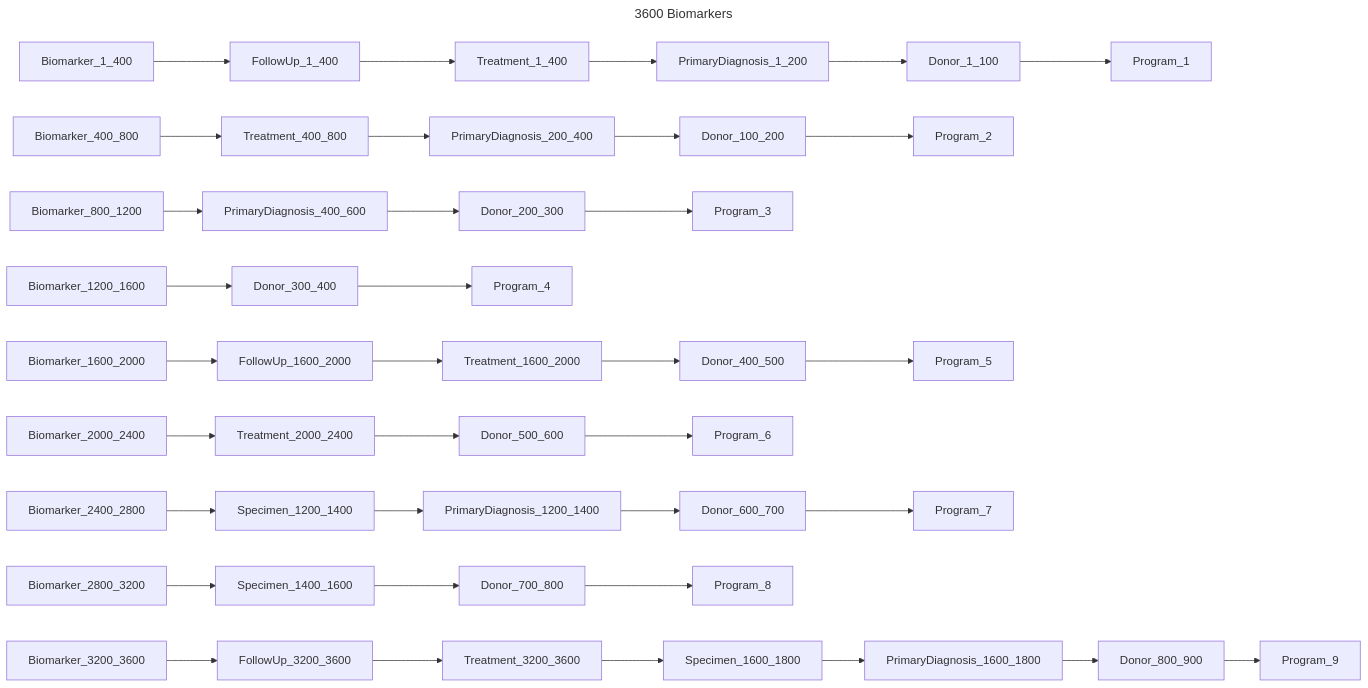
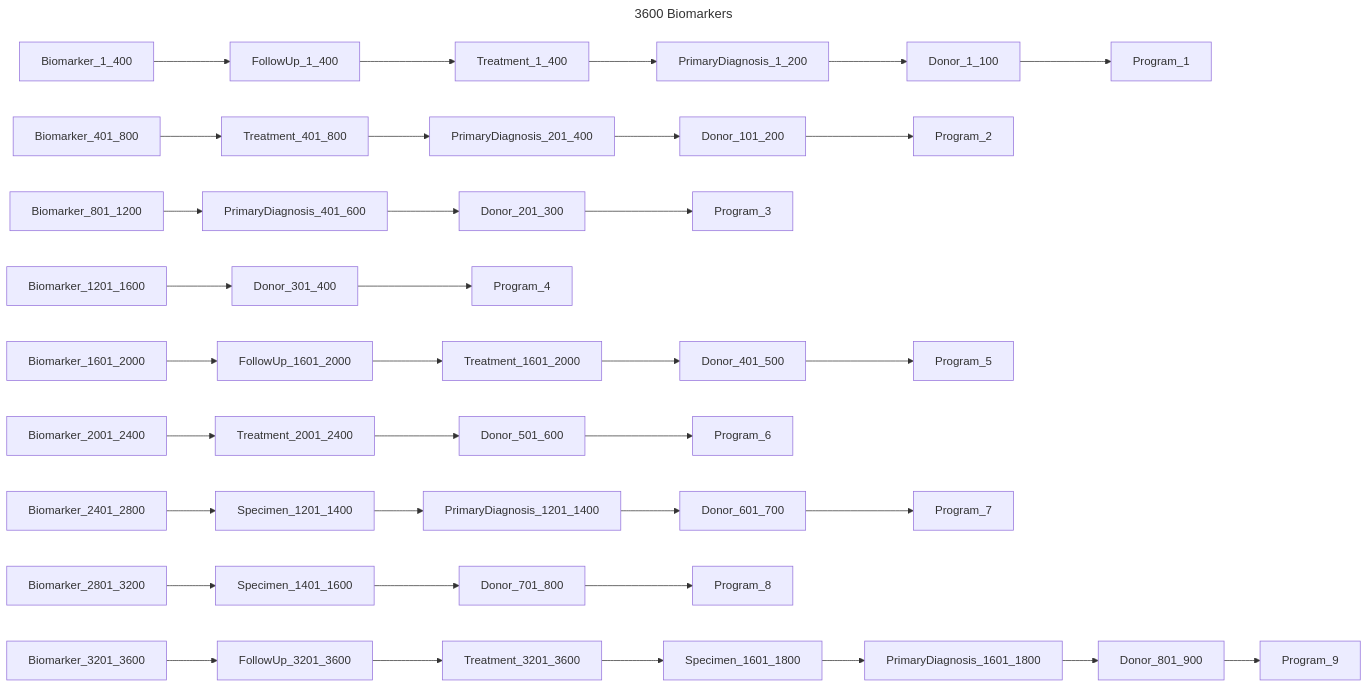
Before and after one commit to bento-platform/katsu: diagram 12 of 13 in chord_metadata_service/mohpackets/data/large_dataset/README.md, drawn with Mermaid. The commit also changed other lines of this file, not shown here.

````diff
--- a/chord_metadata_service/mohpackets/data/large_dataset/README.md
+++ b/chord_metadata_service/mohpackets/data/large_dataset/README.md
@@ -177,15 +177,15 @@
 ```mermaid
 ---
 title: 3600 Biomarkers
 ---
 graph LR;  
   Biomarker_1_400 --> FollowUp_1_400 --> Treatment_1_400 --> PrimaryDiagnosis_1_200 --> Donor_1_100 --> Program_1;
-  Biomarker_400_800 --> Treatment_400_800--> PrimaryDiagnosis_200_400 --> Donor_100_200 --> Program_2;  
-  Biomarker_800_1200 --> PrimaryDiagnosis_400_600 --> Donor_200_300 --> Program_3;  
-  Biomarker_1200_1600 --> Donor_300_400 --> Program_4;  
-  Biomarker_1600_2000 --> FollowUp_1600_2000 --> Treatment_1600_2000 --> Donor_400_500 --> Program_5;  
-  Biomarker_2000_2400 --> Treatment_2000_2400 --> Donor_500_600 --> Program_6;  
-  Biomarker_2400_2800 --> Specimen_1200_1400 --> PrimaryDiagnosis_1200_1400 --> Donor_600_700 --> Program_7;  
-  Biomarker_2800_3200 --> Specimen_1400_1600  --> Donor_700_800 --> Program_8;  
-  Biomarker_3200_3600 --> FollowUp_3200_3600--> Treatment_3200_3600 --> Specimen_1600_1800 --> PrimaryDiagnosis_1600_1800 --> Donor_800_900 --> Program_9;
+  Biomarker_401_800 --> Treatment_401_800--> PrimaryDiagnosis_201_400 --> Donor_101_200 --> Program_2;  
+  Biomarker_801_1200 --> PrimaryDiagnosis_401_600 --> Donor_201_300 --> Program_3;  
+  Biomarker_1201_1600 --> Donor_301_400 --> Program_4;  
+  Biomarker_1601_2000 --> FollowUp_1601_2000 --> Treatment_1601_2000 --> Donor_401_500 --> Program_5;  
+  Biomarker_2001_2400 --> Treatment_2001_2400 --> Donor_501_600 --> Program_6;  
+  Biomarker_2401_2800 --> Specimen_1201_1400 --> PrimaryDiagnosis_1201_1400 --> Donor_601_700 --> Program_7;  
+  Biomarker_2801_3200 --> Specimen_1401_1600  --> Donor_701_800 --> Program_8;  
+  Biomarker_3201_3600 --> FollowUp_3201_3600--> Treatment_3201_3600 --> Specimen_1601_1800 --> PrimaryDiagnosis_1601_1800 --> Donor_801_900 --> Program_9;
 ```
````
